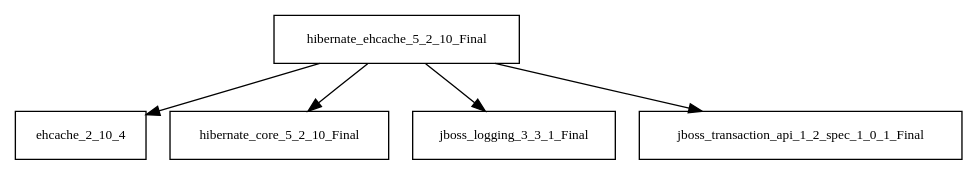
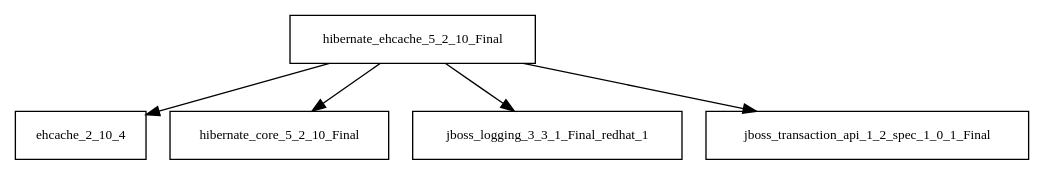
Before and after one commit to AglaianWoman/cia: the diagram in tattleTaleReport/graphviz/hibernate-ehcache-5.2.10.Final.jar/hibernate-ehcache-5.2.10.Final.jar.dot, drawn with Graphviz. The commit also changed 1763 other files, not shown here.

```diff
--- a/tattleTaleReport/graphviz/hibernate-ehcache-5.2.10.Final.jar/hibernate-ehcache-5.2.10.Final.jar.dot
+++ b/tattleTaleReport/graphviz/hibernate-ehcache-5.2.10.Final.jar/hibernate-ehcache-5.2.10.Final.jar.dot
@@ -1,7 +1,7 @@
 digraph hibernate_ehcache_5_2_10_Final_dependencies {
   node [shape = box, fontsize=10.0];
   hibernate_ehcache_5_2_10_Final -> ehcache_2_10_4;
   hibernate_ehcache_5_2_10_Final -> hibernate_core_5_2_10_Final;
-  hibernate_ehcache_5_2_10_Final -> jboss_logging_3_3_1_Final;
+  hibernate_ehcache_5_2_10_Final -> jboss_logging_3_3_1_Final_redhat_1;
   hibernate_ehcache_5_2_10_Final -> jboss_transaction_api_1_2_spec_1_0_1_Final;
 }
```
